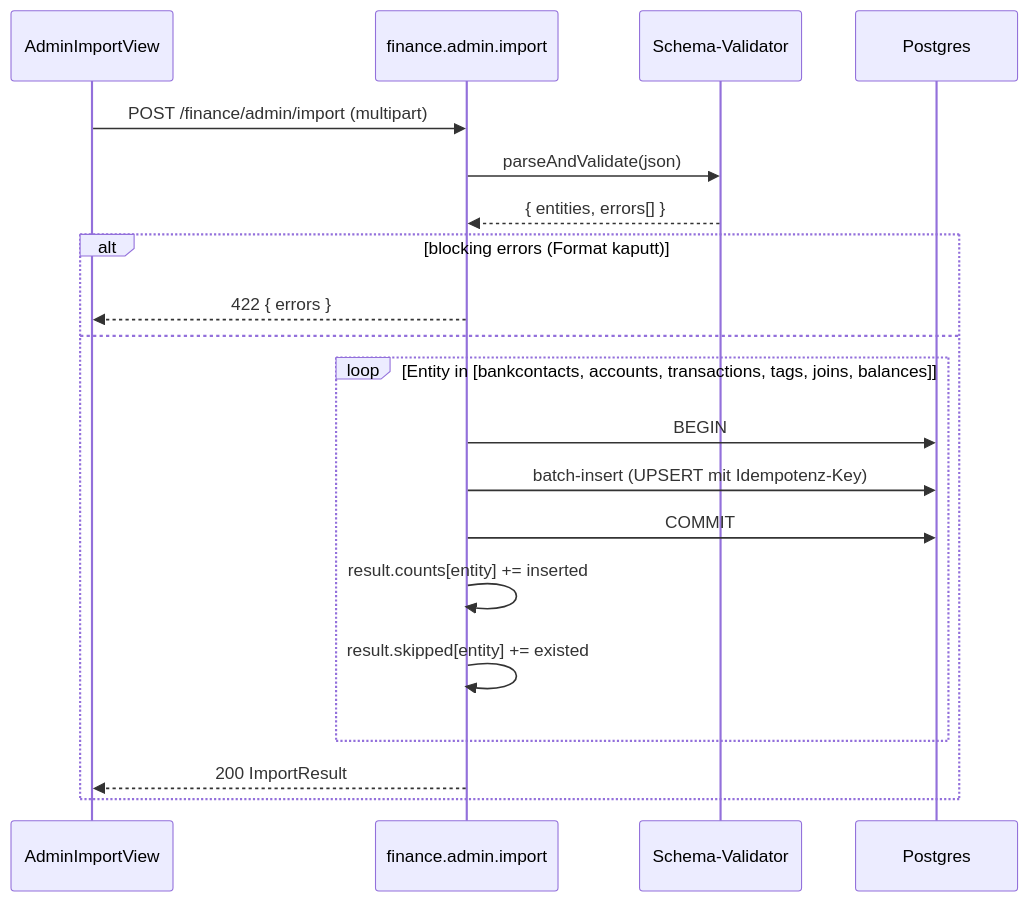
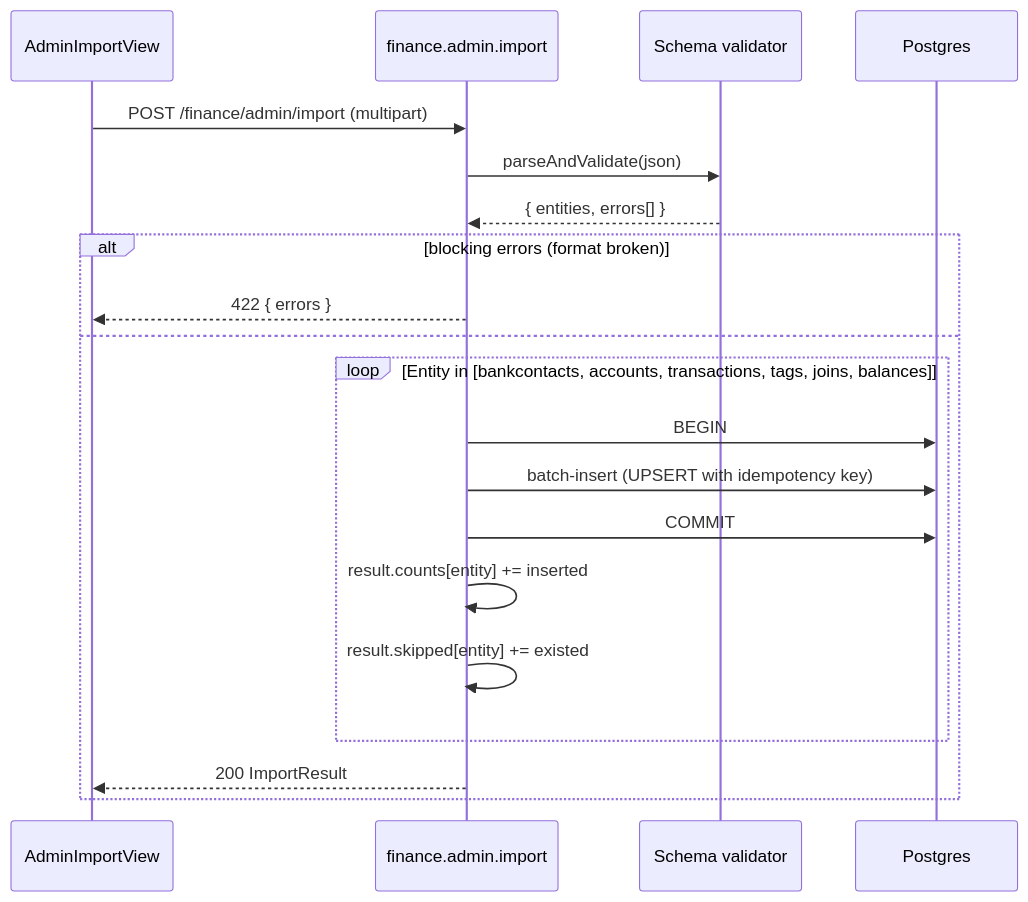
Before and after one commit to as19git67/fk-encore: the diagram in documentation/finance-data-import.md, drawn with Mermaid. The commit also changed other lines of this file and 35 other files, not shown here.

````diff
--- a/documentation/finance-data-import.md
+++ b/documentation/finance-data-import.md
@@ -89,23 +89,23 @@
 ```mermaid
 sequenceDiagram
   participant UI as AdminImportView
   participant API as finance.admin.import
-  participant VAL as Schema-Validator
+  participant VAL as Schema validator
   participant DB as Postgres
 
   UI->>API: POST /finance/admin/import (multipart)
   API->>VAL: parseAndValidate(json)
   VAL-->>API: { entities, errors[] }
-  alt blocking errors (Format kaputt)
+  alt blocking errors (format broken)
     API-->>UI: 422 { errors }
   else
     loop Entity in [bankcontacts, accounts, transactions, tags, joins, balances]
       API->>DB: BEGIN
-      API->>DB: batch-insert (UPSERT mit Idempotenz-Key)
+      API->>DB: batch-insert (UPSERT with idempotency key)
       API->>DB: COMMIT
       API->>API: result.counts[entity] += inserted
       API->>API: result.skipped[entity] += existed
     end
     API-->>UI: 200 ImportResult
   end
 ```
````
